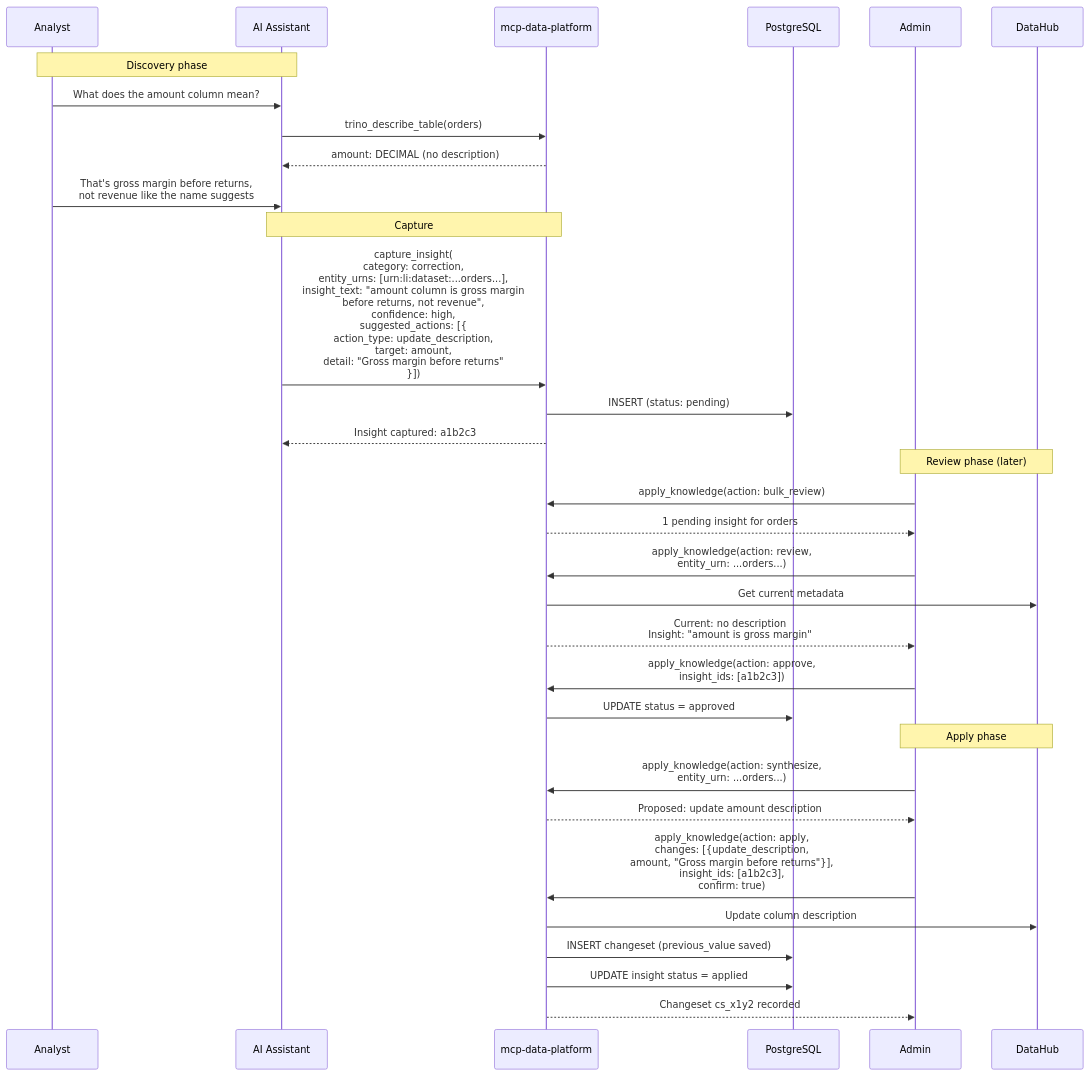
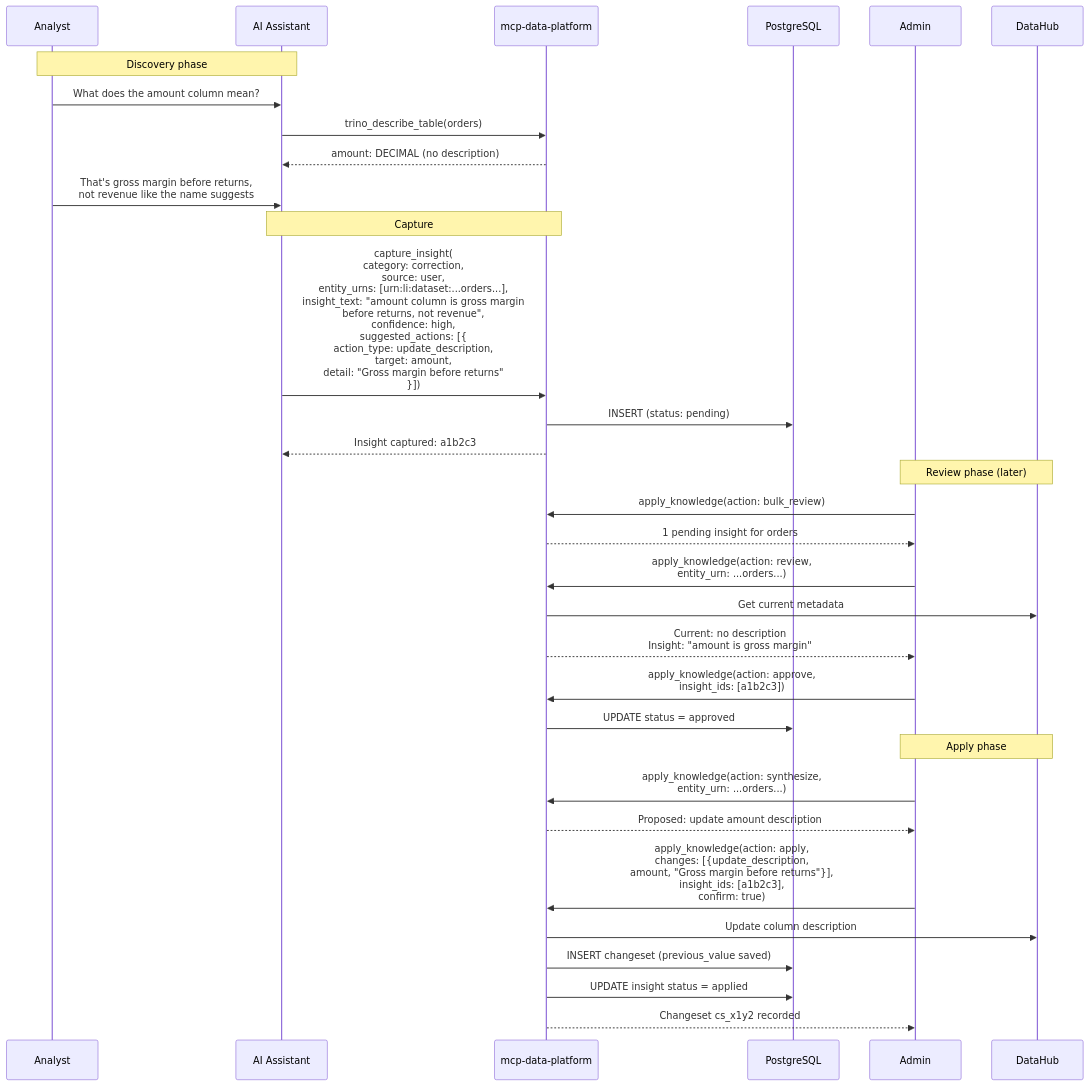
The diagram in docs/knowledge/governance.md (txn2/mcp-data-platform), drawn with Mermaid before and after one commit. The commit also changed 41 other files, not shown here.

````diff
--- a/docs/knowledge/governance.md
+++ b/docs/knowledge/governance.md
@@ -252,41 +252,41 @@
 ```mermaid
 sequenceDiagram
     participant Analyst
     participant AI as AI Assistant
     participant Platform as mcp-data-platform
     participant DB as PostgreSQL
     participant Admin
     participant DH as DataHub
 
     Note over Analyst,AI: Discovery phase
     Analyst->>AI: What does the amount column mean?
     AI->>Platform: trino_describe_table(orders)
     Platform-->>AI: amount: DECIMAL (no description)
     Analyst->>AI: That's gross margin before returns,<br/>not revenue like the name suggests
 
     Note over AI,Platform: Capture
-    AI->>Platform: capture_insight(<br/>category: correction,<br/>entity_urns: [urn:li:dataset:...orders...],<br/>insight_text: "amount column is gross margin<br/>before returns, not revenue",<br/>confidence: high,<br/>suggested_actions: [{<br/>  action_type: update_description,<br/>  target: amount,<br/>  detail: "Gross margin before returns"<br/>}])
+    AI->>Platform: capture_insight(<br/>category: correction,<br/>source: user,<br/>entity_urns: [urn:li:dataset:...orders...],<br/>insight_text: "amount column is gross margin<br/>before returns, not revenue",<br/>confidence: high,<br/>suggested_actions: [{<br/>  action_type: update_description,<br/>  target: amount,<br/>  detail: "Gross margin before returns"<br/>}])
     Platform->>DB: INSERT (status: pending)
     Platform-->>AI: Insight captured: a1b2c3
 
     Note over Admin,DH: Review phase (later)
     Admin->>Platform: apply_knowledge(action: bulk_review)
     Platform-->>Admin: 1 pending insight for orders
 
     Admin->>Platform: apply_knowledge(action: review,<br/>entity_urn: ...orders...)
     Platform->>DH: Get current metadata
     Platform-->>Admin: Current: no description<br/>Insight: "amount is gross margin"
 
     Admin->>Platform: apply_knowledge(action: approve,<br/>insight_ids: [a1b2c3])
     Platform->>DB: UPDATE status = approved
 
     Note over Admin,DH: Apply phase
     Admin->>Platform: apply_knowledge(action: synthesize,<br/>entity_urn: ...orders...)
     Platform-->>Admin: Proposed: update amount description
 
     Admin->>Platform: apply_knowledge(action: apply,<br/>changes: [{update_description,<br/>amount, "Gross margin before returns"}],<br/>insight_ids: [a1b2c3],<br/>confirm: true)
     Platform->>DH: Update column description
     Platform->>DB: INSERT changeset (previous_value saved)
     Platform->>DB: UPDATE insight status = applied
     Platform-->>Admin: Changeset cs_x1y2 recorded
 ```
````
